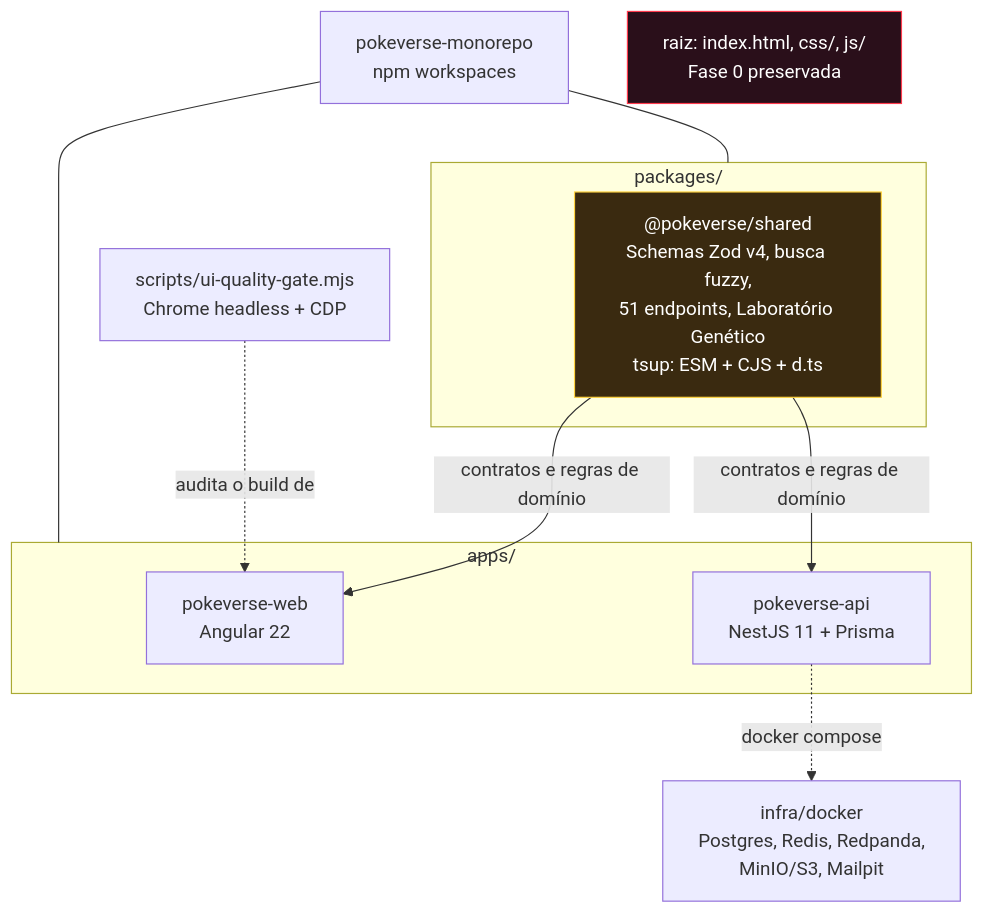
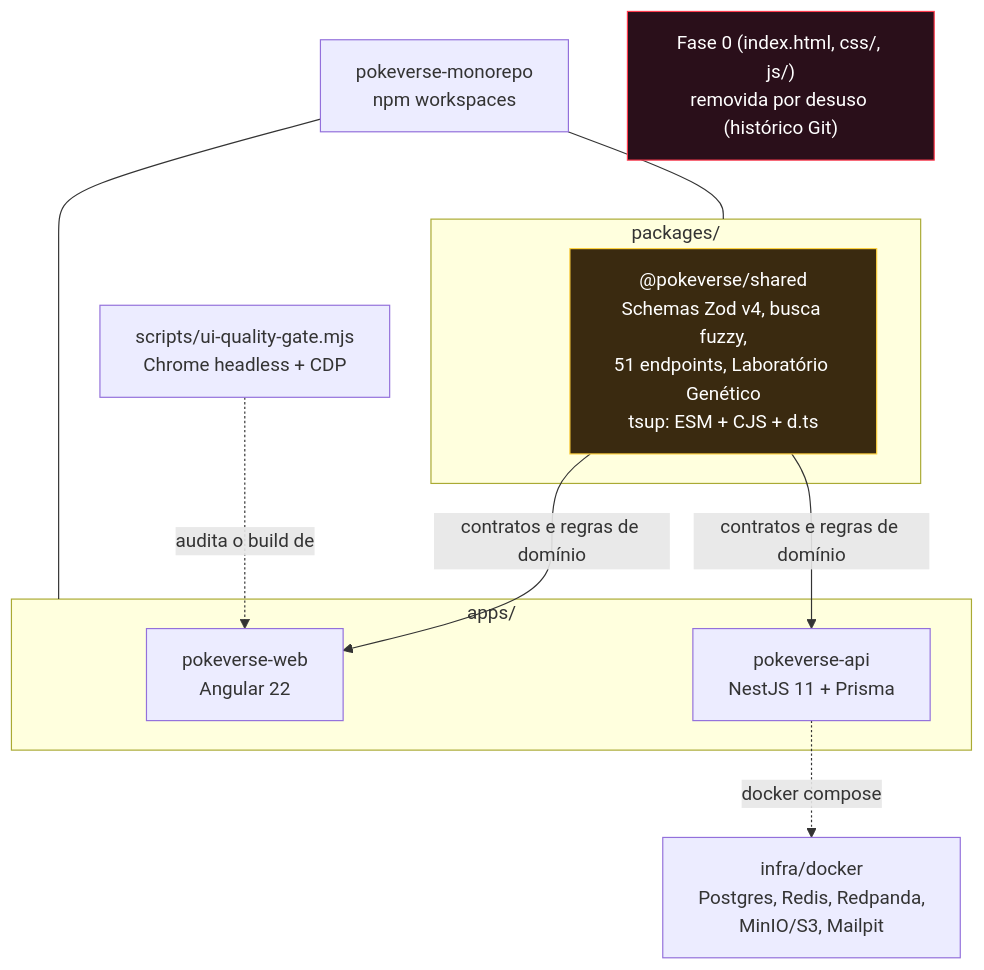
Before and after one commit to Digooow/pokedex-frontend: the second of 12 diagrams in README.md, drawn with Mermaid. The commit also changed other lines of this file and 24 other files, not shown here.

````diff
--- a/README.md
+++ b/README.md
@@ -215,29 +215,29 @@
 ```mermaid
 flowchart TD
   root["pokeverse-monorepo<br/>npm workspaces"]
 
   subgraph packages["packages/"]
     shared["@pokeverse/shared<br/>Schemas Zod v4, busca fuzzy,<br/>51 endpoints, Laboratório Genético<br/>tsup: ESM + CJS + d.ts"]
   end
 
   subgraph apps["apps/"]
     web["pokeverse-web<br/>Angular 22"]
     api["pokeverse-api<br/>NestJS 11 + Prisma"]
   end
 
   infra["infra/docker<br/>Postgres, Redis, Redpanda,<br/>MinIO/S3, Mailpit"]
   gate["scripts/ui-quality-gate.mjs<br/>Chrome headless + CDP"]
-  legacy["raiz: index.html, css/, js/<br/>Fase 0 preservada"]
+  legacy["Fase 0 (index.html, css/, js/)<br/>removida por desuso (histórico Git)"]
 
   root --- packages
   root --- apps
   shared -->|"contratos e regras de domínio"| web
   shared -->|"contratos e regras de domínio"| api
   api -.->|"docker compose"| infra
   gate -.->|"audita o build de"| web
 
   classDef sh fill:#3a2a10,stroke:#ffd23f,color:#fff
   classDef old fill:#2a0f1a,stroke:#ff3b4e,color:#fff
   class shared sh
   class legacy old
 ```
````
